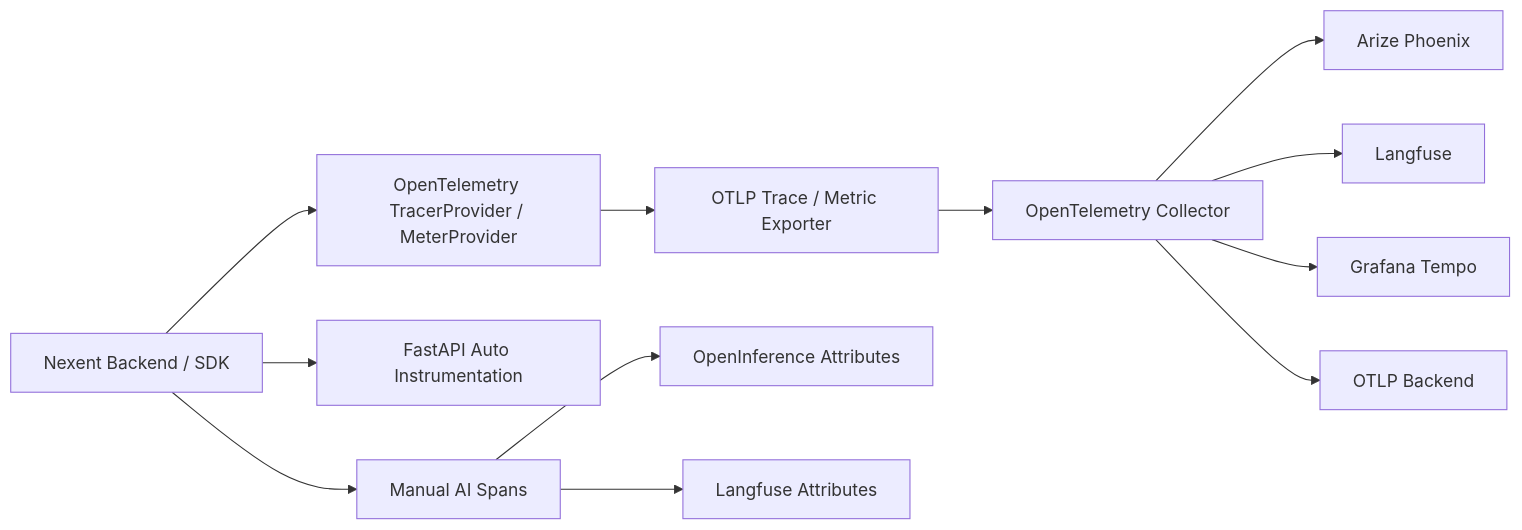
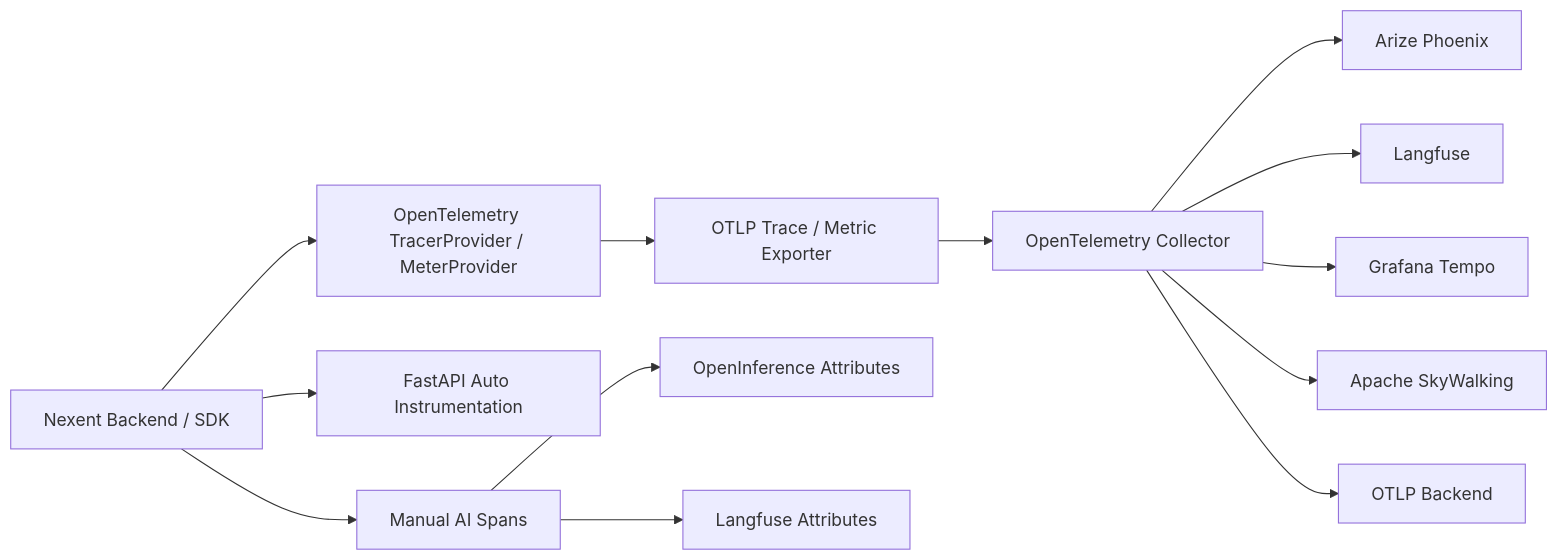
Before and after one commit to ModelEngine-Group/nexent: the first of 3 diagrams in doc/docs/zh/sdk/opentelemetry-design.md, drawn with Mermaid. The commit also changed other lines of this file and 13 other files, not shown here.

Commit message:
✨ Feat: Add support for Apache SkyWalking as a monitoring provider, including configuration and documentation updates

````diff
--- a/doc/docs/zh/sdk/opentelemetry-design.md
+++ b/doc/docs/zh/sdk/opentelemetry-design.md
@@ -169,15 +169,16 @@
 ```mermaid
 flowchart LR
   Backend[Nexent Backend / SDK] --> OTel[OpenTelemetry TracerProvider / MeterProvider]
   OTel --> Exporter[OTLP Trace / Metric Exporter]
   Exporter --> Collector[OpenTelemetry Collector]
   Collector --> Phoenix[Arize Phoenix]
   Collector --> Langfuse[Langfuse]
   Collector --> Tempo[Grafana Tempo]
+  Collector --> SkyWalking[Apache SkyWalking]
   Collector --> Other[OTLP Backend]
 
   Backend --> FastAPI[FastAPI Auto Instrumentation]
   Backend --> Manual[Manual AI Spans]
   Manual --> OI[OpenInference Attributes]
   Manual --> LF[Langfuse Attributes]
 ```
````
